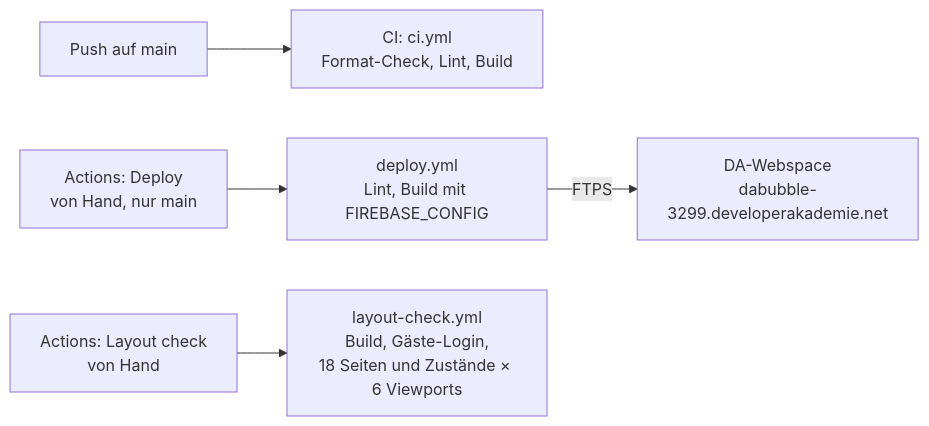
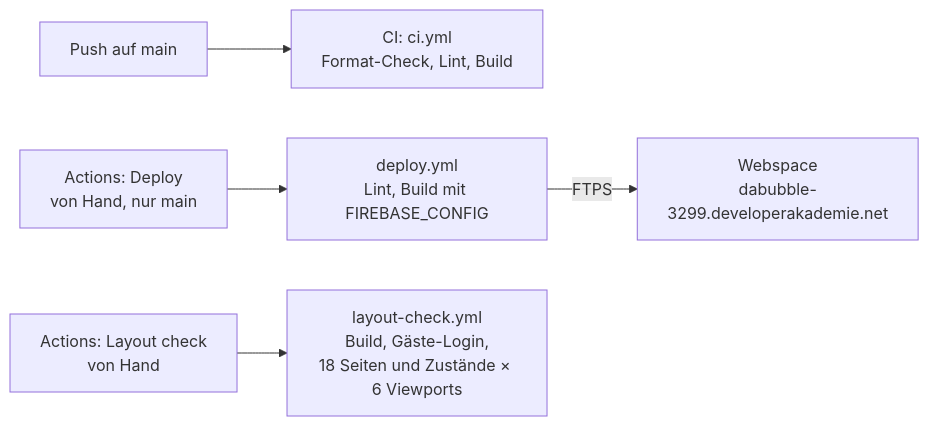
The seventh of 7 diagrams in README.md (ttoebbe/dabubble), drawn with Mermaid before and after one commit. The commit also changed other lines of this file, not shown here.

````diff
--- a/README.md
+++ b/README.md
@@ -416,9 +384,9 @@
 ```mermaid
 flowchart LR
   push["Push auf main"] --> ci["CI: ci.yml<br/>Format-Check, Lint, Build"]
 
   deployButton["Actions: Deploy<br/>von Hand, nur main"] --> deploy["deploy.yml<br/>Lint, Build mit FIREBASE_CONFIG"]
-  deploy -->|"FTPS"| webspace["DA-Webspace<br/>dabubble-3299.developerakademie.net"]
+  deploy -->|"FTPS"| webspace["Webspace<br/>dabubble-3299.developerakademie.net"]
 
   checkButton["Actions: Layout check<br/>von Hand"] --> layout["layout-check.yml<br/>Build, Gäste-Login,<br/>18 Seiten und Zustände × 6 Viewports"]
 ```
````
